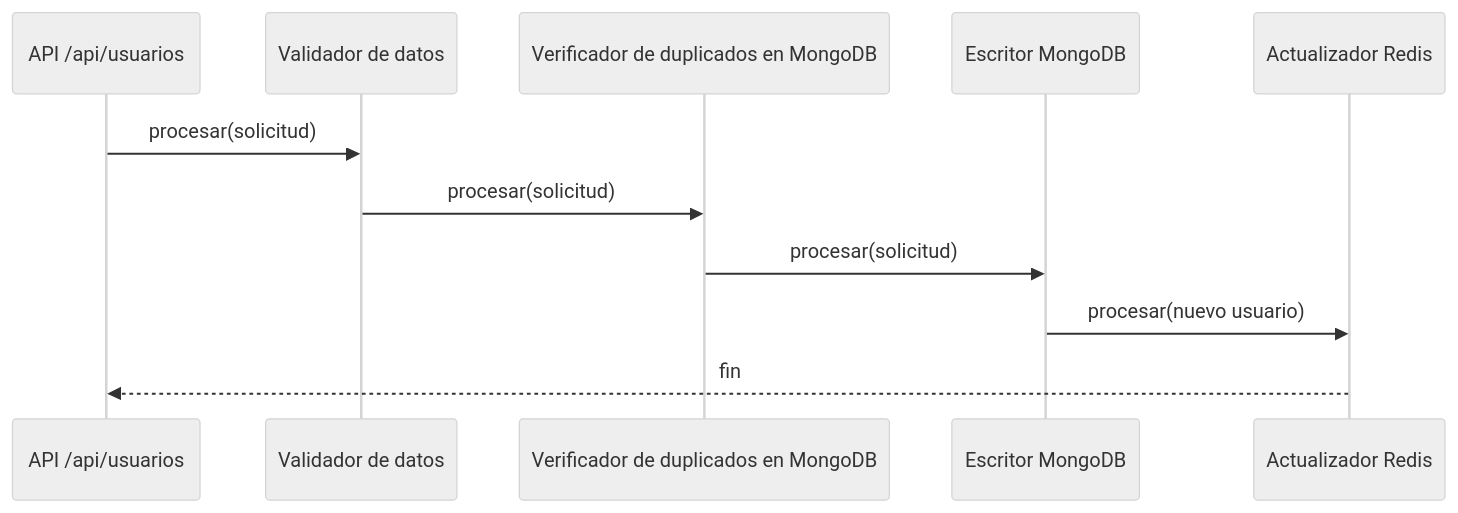
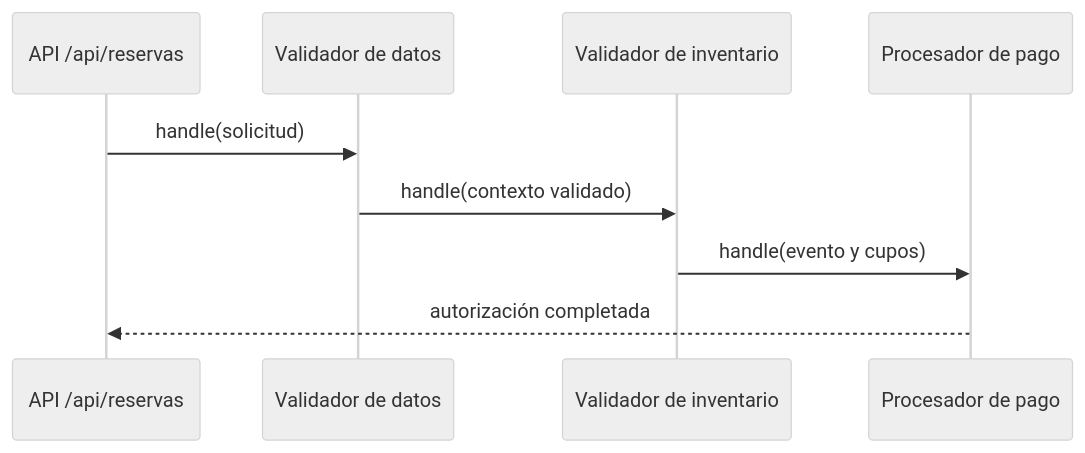
Before and after one commit to diegopirazabal/tarea2nosql: the third of 3 diagrams in README.md, drawn with Mermaid (neutral theme). The commit also changed other lines of this file and 17 other files, not shown here.

Commit message:
reservas con orquestador saga y validacion de cupo y pago. falta anonimizacion en el csv y testing

````diff
--- a/README.md
+++ b/README.md
@@ -44,14 +63,12 @@
 ```mermaid
 sequenceDiagram
-  participant API as API /api/usuarios
+  participant API as API /api/reservas
   participant Datos as Validador de datos
-  participant Duplicados as Verificador de duplicados en MongoDB
-  participant Persistencia as Escritor MongoDB
-  participant Cache as Actualizador Redis
+  participant Inventario as Validador de inventario
+  participant Pago as Procesador de pago
 
-  API->>Datos: procesar(solicitud)
-  Datos->>Duplicados: procesar(solicitud)
-  Duplicados->>Persistencia: procesar(solicitud)
-  Persistencia->>Cache: procesar(nuevo usuario)
-  Cache-->>API: fin
+  API->>Datos: handle(solicitud)
+  Datos->>Inventario: handle(contexto validado)
+  Inventario->>Pago: handle(evento y cupos)
+  Pago-->>API: autorización completada
 ```
````
